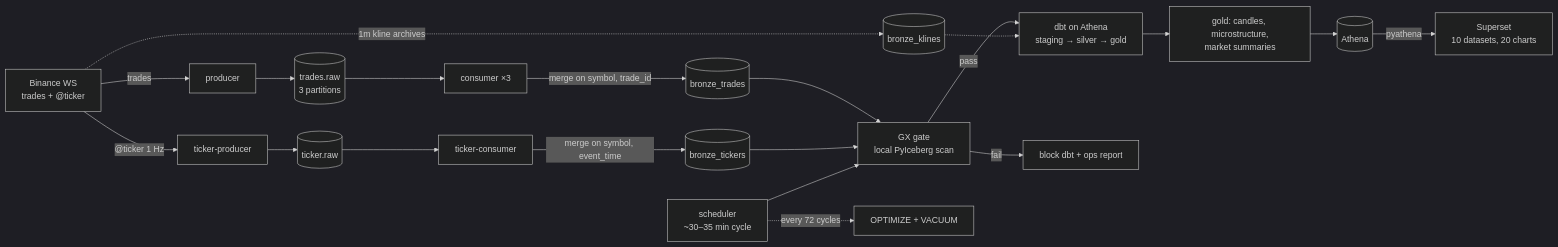
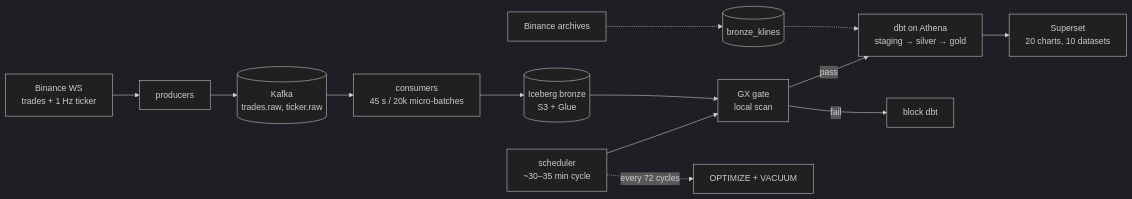
The diagram in README.md (Danselem/tickstream), drawn with Mermaid (dark theme) before and after one commit. The commit also changed other lines of this file, not shown here.

````diff
--- a/README.md
+++ b/README.md
@@ -66,18 +26,15 @@
 ```mermaid
 flowchart LR
-  B["Binance WS<br/>trades + @ticker"] -->|trades| P[producer] --> K[(trades.raw<br/>3 partitions)] --> C[consumer ×3]
-  C -->|"merge on symbol, trade_id"| BR[(bronze_trades)]
-  B -->|"@ticker 1 Hz"| TP[ticker-producer] --> TK[(ticker.raw)] --> TC[ticker-consumer]
-  TC -->|"merge on symbol, event_time"| BT[(bronze_tickers)]
-  B -.->|"1m kline archives"| KL[(bronze_klines)]
-  BR --> GX["GX gate<br/>local PyIceberg scan"]
-  BT --> GX
-  GX -->|pass| DBT["dbt on Athena<br/>staging → silver → gold"]
-  GX -->|fail| X[block dbt + ops report]
-  KL -.-> DBT
-  DBT --> G["gold: candles, microstructure,<br/>market summaries"]
-  G --> ATH[(Athena)]
-  ATH -->|pyathena| S["Superset<br/>10 datasets, 20 charts"]
-  SCHED["scheduler<br/>~30–35 min cycle"] --> GX
-  SCHED -.->|"every 72 cycles"| M["OPTIMIZE + VACUUM"]
+  B["Binance WS<br/>trades + 1 Hz ticker"] --> P[producers]
+  P --> K[(Kafka<br/>trades.raw, ticker.raw)]
+  K --> C[consumers<br/>45 s / 20k micro-batches]
+  C --> BR[(Iceberg bronze<br/>S3 + Glue)]
+  BA[Binance archives] -.-> BK[(bronze_klines)]
+  BR --> GX["GX gate<br/>local scan"]
+  BK -.-> DBT
+  GX -->|pass| DBT[dbt on Athena<br/>staging → silver → gold]
+  GX -->|fail| X[block dbt]
+  DBT --> S["Superset<br/>20 charts, 10 datasets"]
+  SCH[scheduler<br/>~30–35 min cycle] --> GX
+  SCH -.->|"every 72 cycles"| M[OPTIMIZE + VACUUM]
 ```
````
